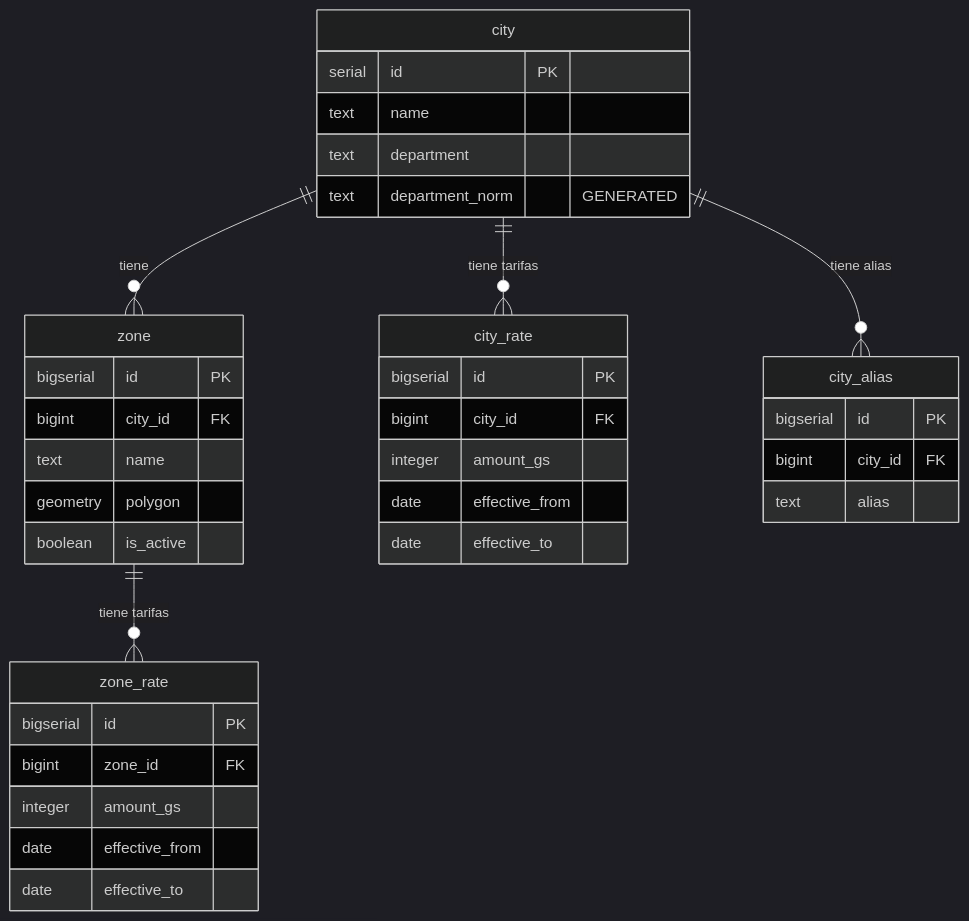
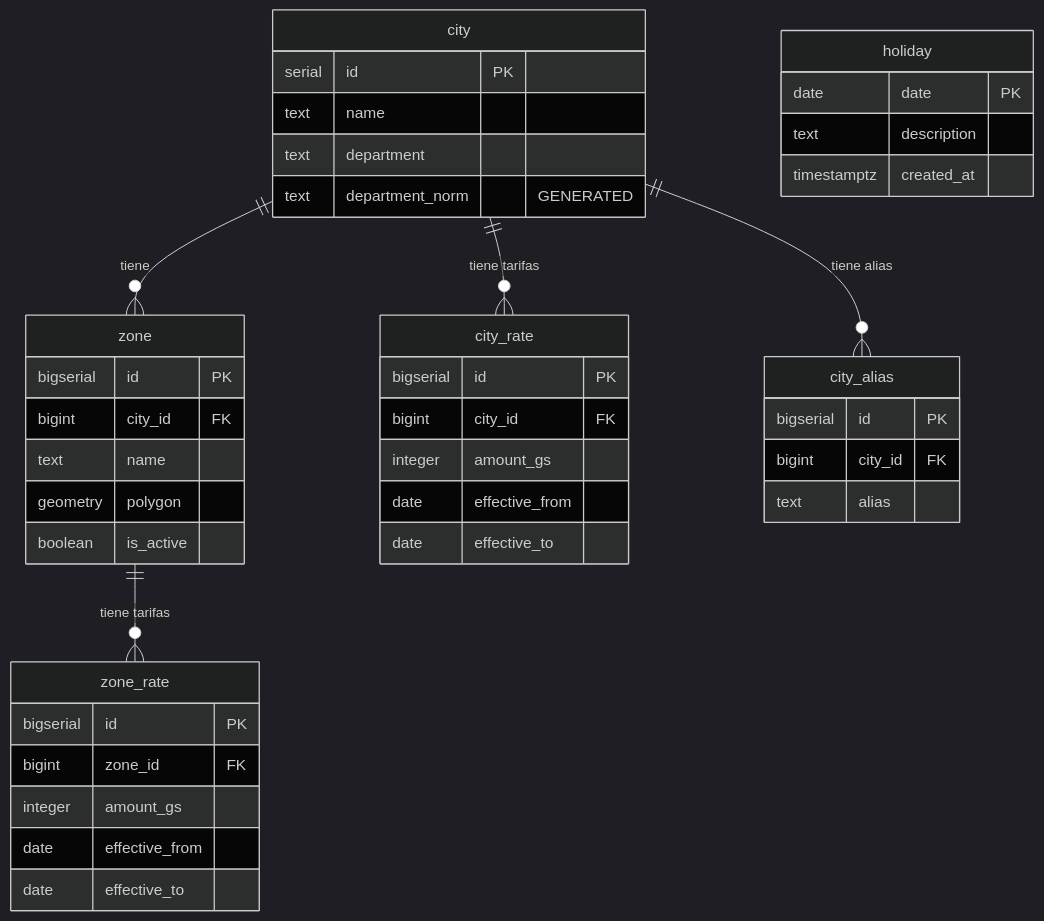
One commit to vargascarlitos/fitoxpress-docs changed the diagram in documents/schemas/ref.md. Above: the diagram before and after it, drawn with Mermaid (dark theme). The commit also changed other lines of this file and 5 other files, not shown here.

````diff
--- a/documents/schemas/ref.md
+++ b/documents/schemas/ref.md
@@ -9,44 +9,50 @@
 ```mermaid
 erDiagram
     city ||--o{ zone : "tiene"
     city ||--o{ city_rate : "tiene tarifas"
     city ||--o{ city_alias : "tiene alias"
     zone ||--o{ zone_rate : "tiene tarifas"
 
     city {
         serial id PK
         text name
         text department
         text department_norm "GENERATED"
     }
 
     zone {
         bigserial id PK
         bigint city_id FK
         text name
         geometry polygon
         boolean is_active
     }
 
     city_rate {
         bigserial id PK
         bigint city_id FK
         integer amount_gs
         date effective_from
         date effective_to
     }
 
     zone_rate {
         bigserial id PK
         bigint zone_id FK
         integer amount_gs
         date effective_from
         date effective_to
     }
 
     city_alias {
         bigserial id PK
         bigint city_id FK
         text alias
     }
+
+    holiday {
+        date date PK
+        text description
+        timestamptz created_at
+    }
 ```
````
